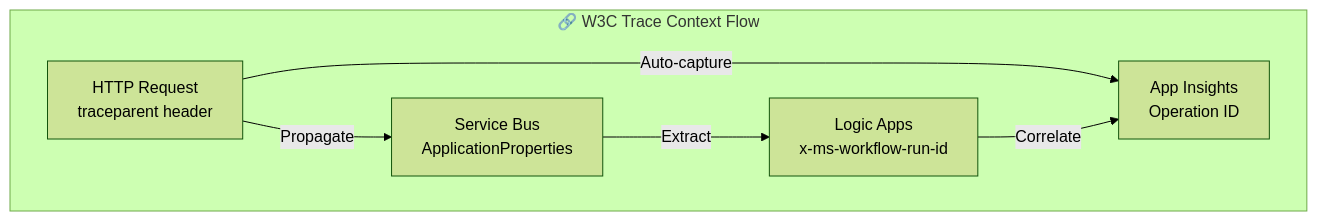
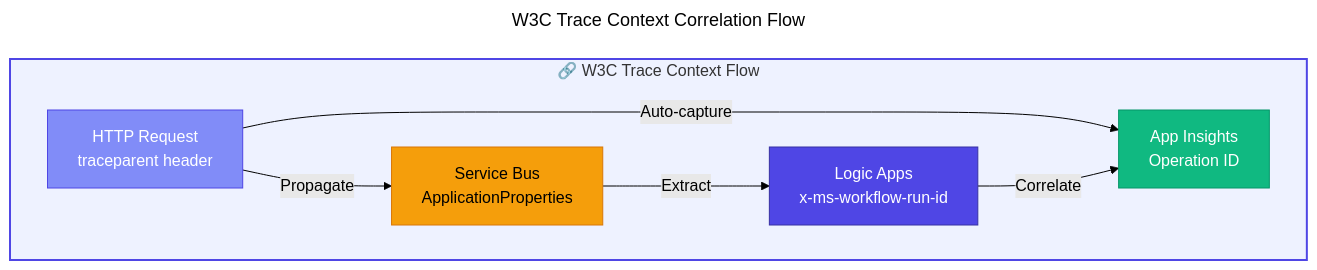
One commit to Evilazaro/Azure-LogicApps-Monitoring changed the eighth of 9 diagrams in docs/architecture/02-data-architecture.md. Above: the diagram before and after it, drawn with Mermaid (forest theme). The commit also changed other lines of this file, not shown here.

Commit message:
docs: Add titles and enhance styling for mermaid diagrams in telemetry and data dependencies sections for improved clarity and organization

````diff
--- a/docs/architecture/02-data-architecture.md
+++ b/docs/architecture/02-data-architecture.md
@@ -489,17 +506,37 @@
 ```mermaid
+---
+title: W3C Trace Context Correlation Flow
+---
 flowchart LR
-    %% W3C Trace Context Propagation Flow
+    %% ===== CLASS DEFINITIONS =====
+    classDef primary fill:#4F46E5,stroke:#3730A3,color:#FFFFFF
+    classDef secondary fill:#10B981,stroke:#059669,color:#FFFFFF
+    classDef datastore fill:#F59E0B,stroke:#D97706,color:#000000
+    classDef external fill:#6B7280,stroke:#4B5563,color:#FFFFFF,stroke-dasharray: 5 5
+    classDef failed fill:#F44336,stroke:#C62828,color:#FFFFFF
+    classDef trigger fill:#818CF8,stroke:#4F46E5,color:#FFFFFF
+    classDef decision fill:#FFFBEB,stroke:#F59E0B,color:#000000
+    classDef input fill:#F3F4F6,stroke:#6B7280,color:#000000
+
+    %% ===== TRACE CONTEXT FLOW =====
     subgraph TraceContext["🔗 W3C Trace Context Flow"]
         direction LR
         HTTP["HTTP Request<br/>traceparent header"]
         SB["Service Bus<br/>ApplicationProperties"]
         LA["Logic Apps<br/>x-ms-workflow-run-id"]
         AI["App Insights<br/>Operation ID"]
     end
+    style TraceContext fill:#EEF2FF,stroke:#4F46E5,stroke-width:2px
 
-    %% Propagation paths
+    %% ===== PROPAGATION PATHS =====
     HTTP -->|"Propagate"| SB
     SB -->|"Extract"| LA
     HTTP -->|"Auto-capture"| AI
     LA -->|"Correlate"| AI
+
+    %% ===== APPLY CLASSES =====
+    class HTTP trigger
+    class SB datastore
+    class LA primary
+    class AI secondary
 ```
````
